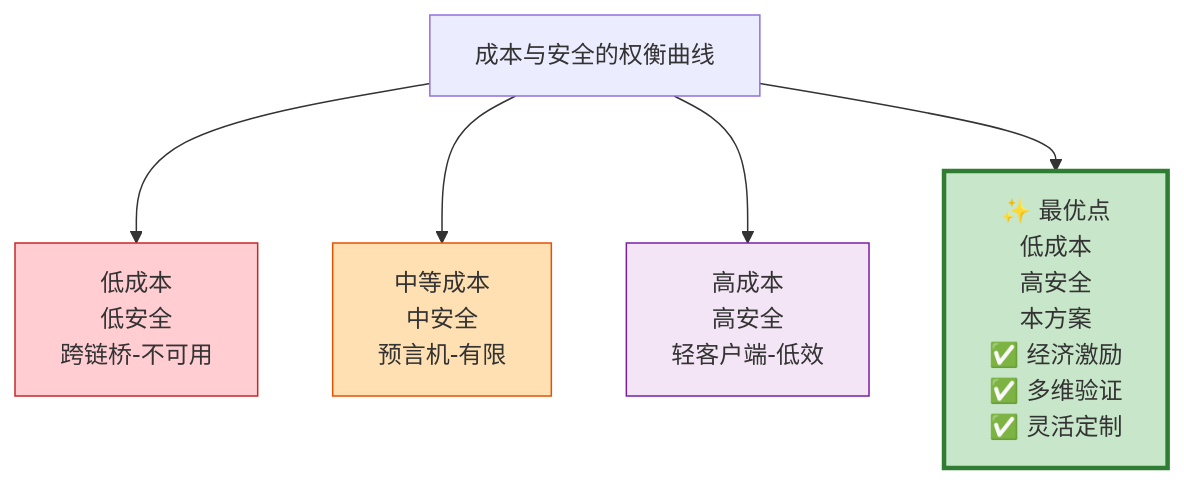
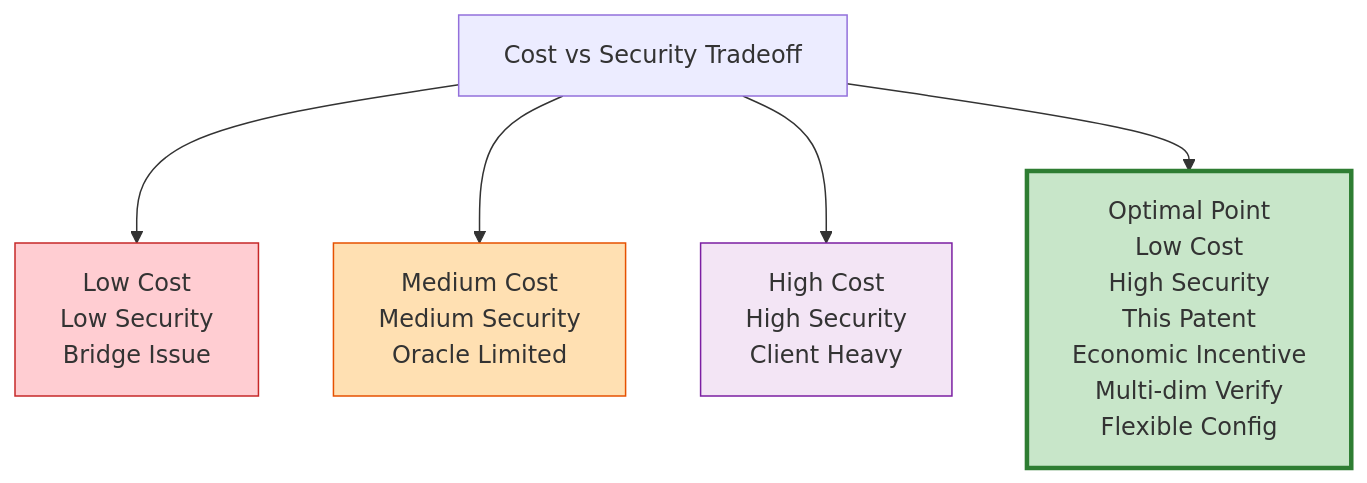
Diagram 15 of 17 in src/jcc_blog/pic.md (JCCDex/jcc_document), drawn with Mermaid before and after one commit. The commit also changed other lines of this file, not shown here.

First line of the commit message:
Fix Mermaid 8.9.2 compatibility issues

````diff
--- a/src/jcc_blog/pic.md
+++ b/src/jcc_blog/pic.md
@@ -487,19 +487,19 @@
 ```mermaid
 graph TB
-    X["成本与安全的权衡曲线"]
+    X["Cost vs Security Tradeoff"]
     
-    Low["低成本<br/>低安全<br/>跨链桥-不可用"]
-    Mid1["中等成本<br/>中安全<br/>预言机-有限"]
-    High["高成本<br/>高安全<br/>轻客户端-低效"]
-    Opt["✨ 最优点<br/>低成本<br/>高安全<br/>本方案<br/>✅ 经济激励<br/>✅ 多维验证<br/>✅ 灵活定制"]
+    Low["Low Cost<br/>Low Security<br/>Bridge Issue"]
+    Mid1["Medium Cost<br/>Medium Security<br/>Oracle Limited"]
+    High["High Cost<br/>High Security<br/>Client Heavy"]
+    Opt["Optimal Point<br/>Low Cost<br/>High Security<br/>This Patent<br/>Economic Incentive<br/>Multi-dim Verify<br/>Flexible Config"]
     
     X --> Low
     X --> Mid1
     X --> High
     X --> Opt
     
     style Opt fill:#c8e6c9,stroke:#2e7d32,stroke-width:3px
     style Low fill:#ffcdd2,stroke:#c62828
     style Mid1 fill:#ffe0b2,stroke:#e65100
     style High fill:#f3e5f5,stroke:#7b1fa2
 ```
````
